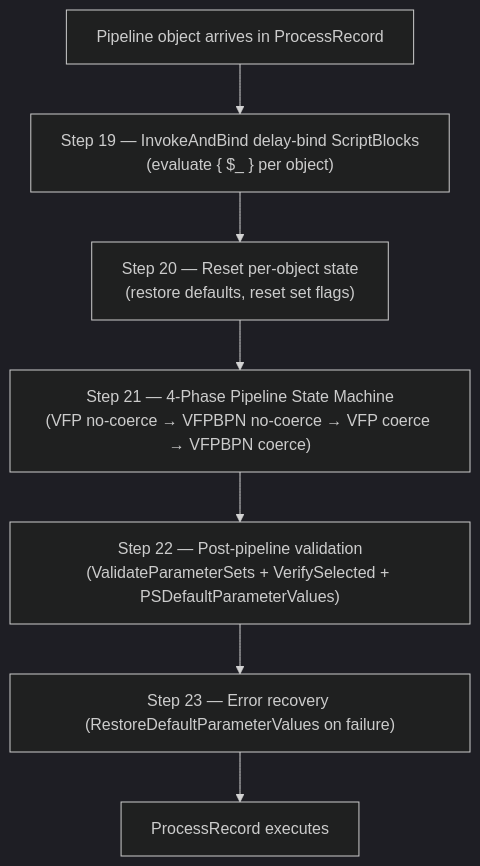
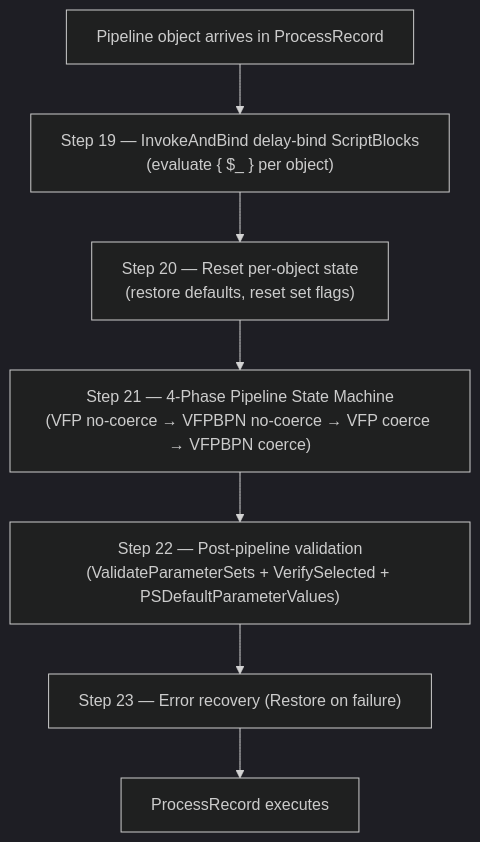
Before and after one commit to powercode/PowerShell: the fifth of 6 diagrams in docs/dev-process/ParameterBinding.md, drawn with Mermaid (dark theme). The commit also changed other lines of this file, not shown here.

````diff
--- a/docs/dev-process/ParameterBinding.md
+++ b/docs/dev-process/ParameterBinding.md
@@ -484,11 +486,11 @@
 ```mermaid
 %%{init: {"flowchart": {"wrappingWidth": 400}} }%%
 flowchart TD
     In["Pipeline object arrives in ProcessRecord"] --> S19
     S19["Step 19 — InvokeAndBind delay-bind ScriptBlocks<br/>(evaluate { $_ } per object)"] --> S20
     S20["Step 20 — Reset per-object state<br/>(restore defaults, reset set flags)"] --> S21
     S21["Step 21 — 4-Phase Pipeline State Machine<br/>(VFP no-coerce → VFPBPN no-coerce → VFP coerce → VFPBPN coerce)"] --> S22
     S22["Step 22 — Post-pipeline validation<br/>(ValidateParameterSets + VerifySelected + PSDefaultParameterValues)"] --> S23
-    S23["Step 23 — Error recovery (RestoreDefaultParameterValues on failure)"]
+    S23["Step 23 — Error recovery (Restore on failure)"]
     S23 --> Out["ProcessRecord executes"]
 ```
````
